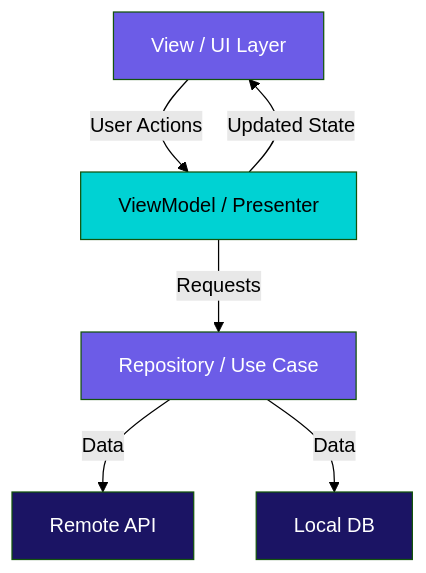
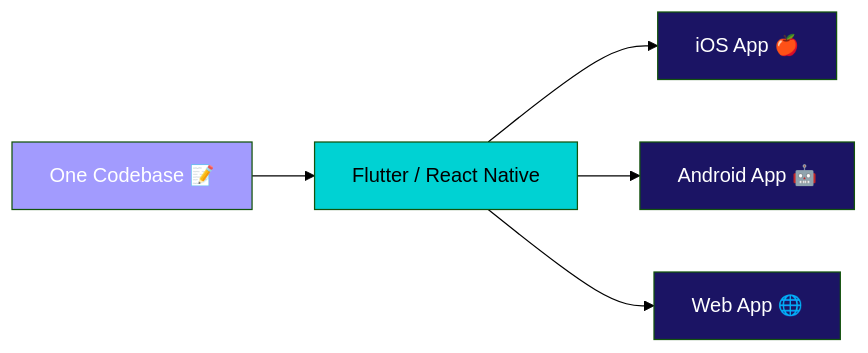
The first of 7 diagrams in slides.md (JonPeterP/Mobile-Dev), drawn with Mermaid (forest theme) before and after one commit. The commit also changed other lines of this file and 3 other files, not shown here.

````diff
--- a/slides.md
+++ b/slides.md
@@ -540,14 +153,13 @@
-```mermaid {scale: 0.55}
-graph TD
-    A[View / UI Layer] -->|User Actions| B[ViewModel / Presenter]
-    B -->|Updated State| A
-    B -->|Requests| C[Repository / Use Case]
-    C -->|Data| D[Remote API]
-    C -->|Data| E[Local DB]
+```mermaid {scale: 0.7}
+graph LR
+    A["One Codebase 📝"] --> B["Flutter / React Native"]
+    B --> C["iOS App 🍎"]
+    B --> D["Android App 🤖"]
+    B --> E["Web App 🌐"]
 
-    style A fill:#6C5CE7,color:#fff
+    style A fill:#A29BFE,color:#fff
     style B fill:#00D2D3,color:#000
-    style C fill:#6C5CE7,color:#fff
+    style C fill:#1B1464,color:#fff
     style D fill:#1B1464,color:#fff
     style E fill:#1B1464,color:#fff
 ```
````
